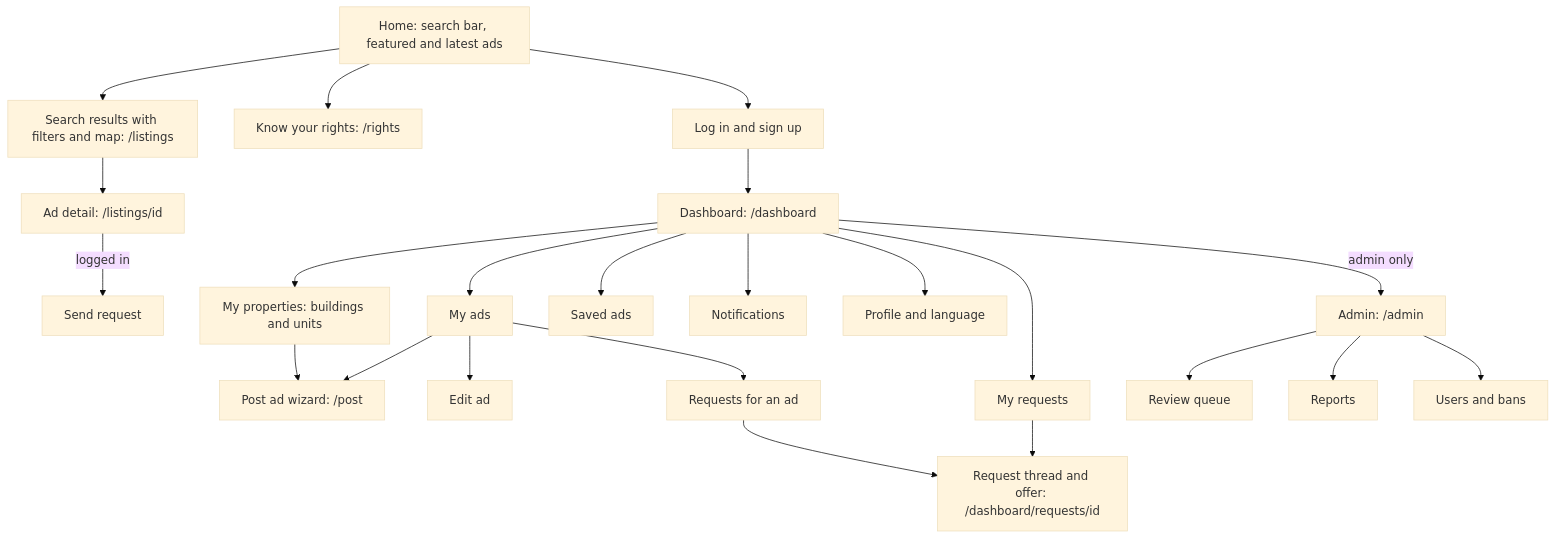
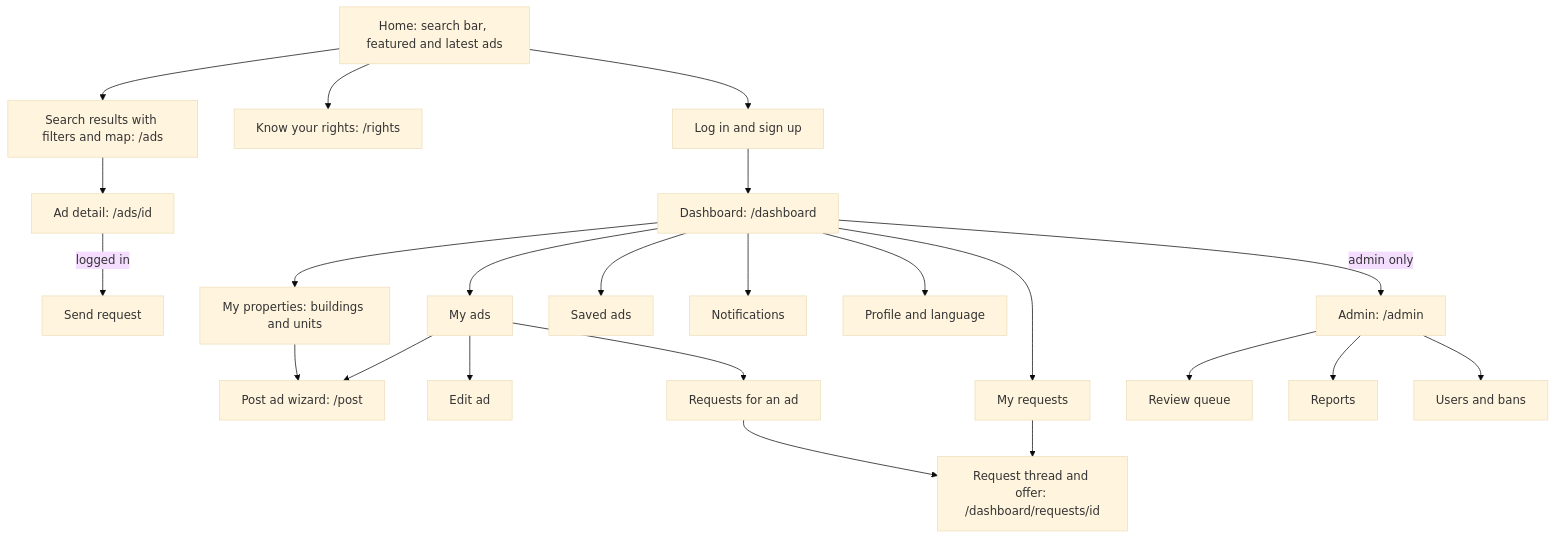
The third of 6 diagrams in docs/PROJECT_PLAN.md (house-manager-bd/house-manager), drawn with Mermaid (base theme) before and after one commit. The commit also changed other lines of this file and 26 other files, not shown here.

````diff
--- a/docs/PROJECT_PLAN.md
+++ b/docs/PROJECT_PLAN.md
@@ -329,25 +329,25 @@
 ```mermaid
 flowchart TD
-    HOME["Home: search bar, featured and latest ads"] --> SEARCH["Search results with filters and map: /listings"]
-    SEARCH --> DETAIL["Ad detail: /listings/id"]
+    HOME["Home: search bar, featured and latest ads"] --> SEARCH["Search results with filters and map: /ads"]
+    SEARCH --> DETAIL["Ad detail: /ads/id"]
     HOME --> RIGHTS["Know your rights: /rights"]
     HOME --> LOGIN["Log in and sign up"]
     DETAIL -->|"logged in"| REQ["Send request"]
     LOGIN --> DASH["Dashboard: /dashboard"]
     DASH --> PROPS["My properties: buildings and units"]
     PROPS --> POST["Post ad wizard: /post"]
     DASH --> MYADS["My ads"]
     MYADS --> POST
     MYADS --> EDIT["Edit ad"]
     MYADS --> INBOX["Requests for an ad"]
     DASH --> MYREQ["My requests"]
     INBOX --> THREAD["Request thread and offer: /dashboard/requests/id"]
     MYREQ --> THREAD
     DASH --> SAVED["Saved ads"]
     DASH --> NOTI["Notifications"]
     DASH --> PROFILE["Profile and language"]
     DASH -->|"admin only"| ADMIN["Admin: /admin"]
     ADMIN --> QUEUE["Review queue"]
     ADMIN --> REPORTS["Reports"]
     ADMIN --> USERS["Users and bans"]
 ```
````
